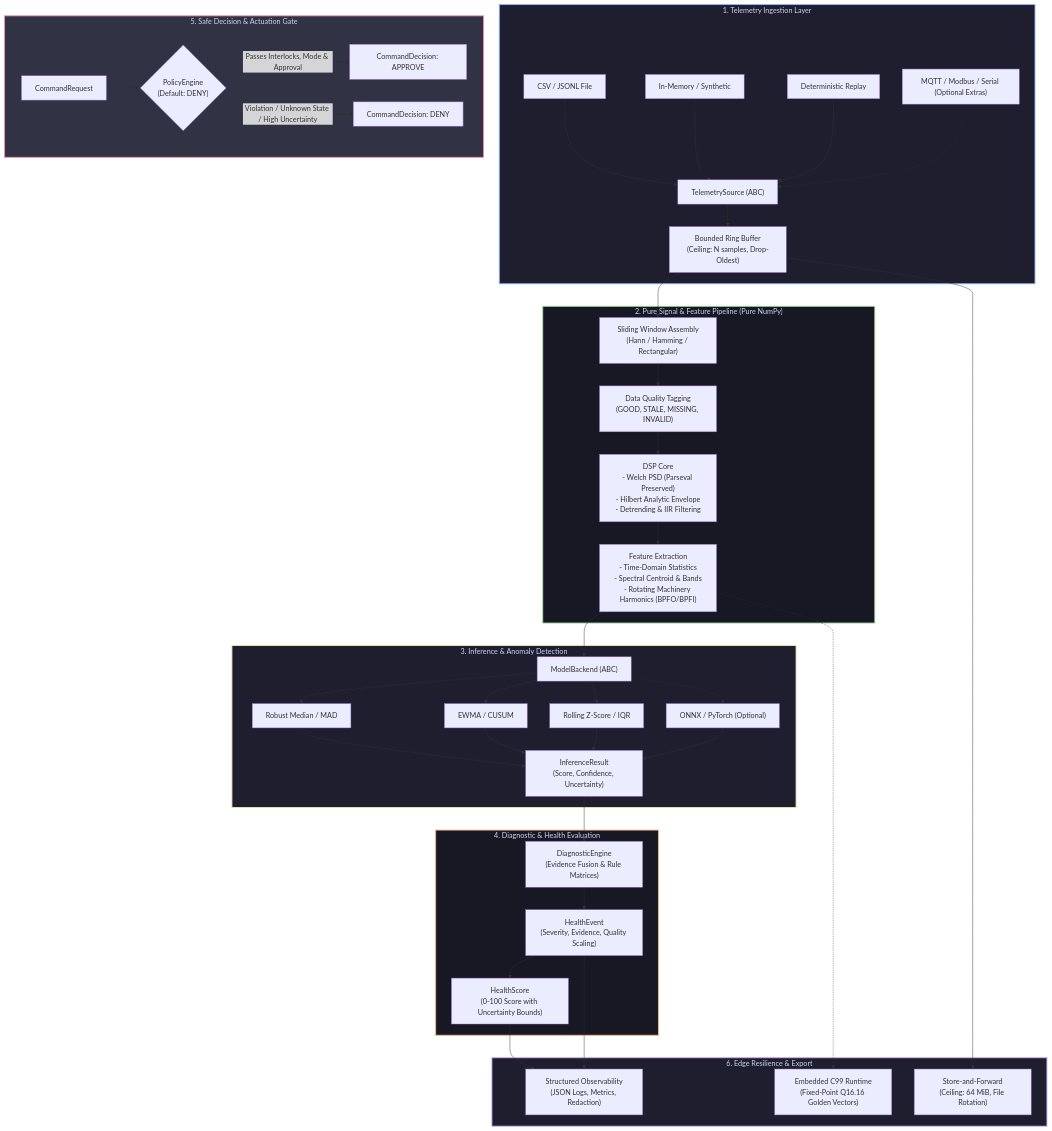
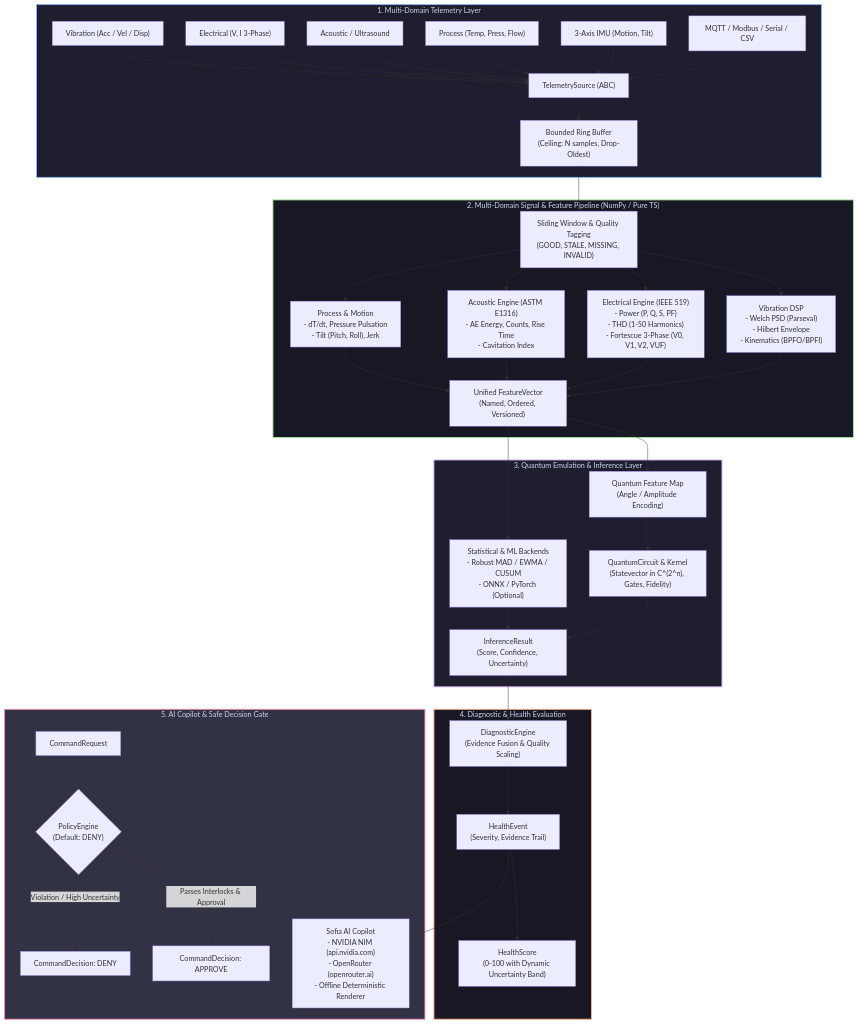
Before and after one commit to rootcastleco/sofia-ai: the diagram in packages/sofia-engine/README.md, drawn with Mermaid. The commit also changed other lines of this file and 19 other files, not shown here.

Commit message:
feat: add advanced quantum computing emulator and multi-domain signal processing (electrical, acoustic, process, motion) from rei-signallab; release v2.1.0

````diff
--- a/packages/sofia-engine/README.md
+++ b/packages/sofia-engine/README.md
@@ -64,51 +73,47 @@
 ```mermaid
 flowchart TD
-    subgraph INGEST ["1. Telemetry Ingestion Layer"]
-        S_CSV["CSV / JSONL File"] --> TS["TelemetrySource (ABC)"]
-        S_MEM["In-Memory / Synthetic"] --> TS
-        S_REP["Deterministic Replay"] --> TS
-        S_IND["MQTT / Modbus / Serial (Optional Extras)"] -.-> TS
+    subgraph INGEST ["1. Multi-Domain Telemetry Layer"]
+        S_VIB["Vibration (Acc / Vel / Disp)"] --> TS["TelemetrySource (ABC)"]
+        S_ELEC["Electrical (V, I 3-Phase)"] --> TS
+        S_AC["Acoustic / Ultrasound"] --> TS
+        S_PROC["Process (Temp, Press, Flow)"] --> TS
+        S_IMU["3-Axis IMU (Motion, Tilt)"] --> TS
+        S_BUS["MQTT / Modbus / Serial / CSV"] -.-> TS
         TS --> RB["Bounded Ring Buffer\n(Ceiling: N samples, Drop-Oldest)"]
     end
 
-    subgraph DSP ["2. Pure Signal & Feature Pipeline (Pure NumPy)"]
-        RB --> WN["Sliding Window Assembly\n(Hann / Hamming / Rectangular)"]
-        WN --> QC["Data Quality Tagging\n(GOOD, STALE, MISSING, INVALID)"]
-        QC --> SIG["DSP Core\n- Welch PSD (Parseval Preserved)\n- Hilbert Analytic Envelope\n- Detrending & IIR Filtering"]
-        SIG --> FEAT["Feature Extraction\n- Time-Domain Statistics\n- Spectral Centroid & Bands\n- Rotating Machinery Harmonics (BPFO/BPFI)"]
+    subgraph DSP ["2. Multi-Domain Signal & Feature Pipeline (NumPy / Pure TS)"]
+        RB --> WN["Sliding Window & Quality Tagging\n(GOOD, STALE, MISSING, INVALID)"]
+        WN --> SIG_VIB["Vibration DSP\n- Welch PSD (Parseval)\n- Hilbert Envelope\n- Kinematics (BPFO/BPFI)"]
+        WN --> SIG_ELE["Electrical Engine (IEEE 519)\n- Power (P, Q, S, PF)\n- THD (1-50 Harmonics)\n- Fortescue 3-Phase (V0, V1, V2, VUF)"]
+        WN --> SIG_AC["Acoustic Engine (ASTM E1316)\n- AE Energy, Counts, Rise Time\n- Cavitation Index"]
+        WN --> SIG_PROC["Process & Motion\n- dT/dt, Pressure Pulsation\n- Tilt (Pitch, Roll), Jerk"]
+        SIG_VIB & SIG_ELE & SIG_AC & SIG_PROC --> FEAT["Unified FeatureVector\n(Named, Ordered, Versioned)"]
     end
 
-    subgraph INFERENCE ["3. Inference & Anomaly Detection"]
-        FEAT --> MB["ModelBackend (ABC)"]
-        MB --> DET_MAD["Robust Median / MAD"]
-        MB --> DET_EWMA["EWMA / CUSUM"]
-        MB --> DET_Z["Rolling Z-Score / IQR"]
-        MB -.-> DET_ML["ONNX / PyTorch (Optional)"]
-        DET_MAD & DET_EWMA & DET_Z & DET_ML --> IR["InferenceResult\n(Score, Confidence, Uncertainty)"]
+    subgraph QUANTUM ["3. Quantum Emulation & Inference Layer"]
+        FEAT --> Q_MAP["Quantum Feature Map\n(Angle / Amplitude Encoding)"]
+        Q_MAP --> Q_CIRC["QuantumCircuit & Kernel\n(Statevector in C^(2^n), Gates, Fidelity)"]
+        FEAT --> MB["Statistical & ML Backends\n- Robust MAD / EWMA / CUSUM\n- ONNX / PyTorch (Optional)"]
+        Q_CIRC & MB --> IR["InferenceResult\n(Score, Confidence, Uncertainty)"]
     end
 
     subgraph DIAGNOSTICS ["4. Diagnostic & Health Evaluation"]
-        IR --> DE["DiagnosticEngine\n(Evidence Fusion & Rule Matrices)"]
-        DE --> HE["HealthEvent\n(Severity, Evidence, Quality Scaling)"]
-        HE --> HS["HealthScore\n(0-100 Score with Uncertainty Bounds)"]
+        IR --> DE["DiagnosticEngine\n(Evidence Fusion & Quality Scaling)"]
+        DE --> HE["HealthEvent\n(Severity, Evidence Trail)"]
+        HE --> HS["HealthScore\n(0-100 with Dynamic Uncertainty Band)"]
     end
 
-    subgraph DECISION ["5. Safe Decision & Actuation Gate"]
+    subgraph COPILOT ["5. AI Copilot & Safe Decision Gate"]
+        HE --> AI_COP["Sofia AI Copilot\n- NVIDIA NIM (api.nvidia.com)\n- OpenRouter (openrouter.ai)\n- Offline Deterministic Renderer"]
         CMD["CommandRequest"] --> PE{"PolicyEngine\n(Default: DENY)"}
-        PE -->|Passes Interlocks, Mode & Approval| ACT["CommandDecision: APPROVE"]
-        PE -->|Violation / Unknown State / High Uncertainty| DEN["CommandDecision: DENY"]
-    end
-
-    subgraph RUNTIME ["6. Edge Resilience & Export"]
-        HE & HS --> OBS["Structured Observability\n(JSON Logs, Metrics, Redaction)"]
-        RB --> SF["Store-and-Forward\n(Ceiling: 64 MiB, File Rotation)"]
-        FEAT -.-> EMB["Embedded C99 Runtime\n(Fixed-Point Q16.16 Golden Vectors)"]
+        PE -->|Passes Interlocks & Approval| ACT["CommandDecision: APPROVE"]
+        PE -->|Violation / High Uncertainty| DEN["CommandDecision: DENY"]
     end
 
     style INGEST fill:#1e1e2e,stroke:#89b4fa,stroke-width:2px,color:#cdd6f4
     style DSP fill:#181825,stroke:#a6e3a1,stroke-width:2px,color:#cdd6f4
-    style INFERENCE fill:#1e1e2e,stroke:#f9e2af,stroke-width:2px,color:#cdd6f4
+    style QUANTUM fill:#1e1e2e,stroke:#cba6f7,stroke-width:2px,color:#cdd6f4
     style DIAGNOSTICS fill:#181825,stroke:#fab387,stroke-width:2px,color:#cdd6f4
-    style DECISION fill:#313244,stroke:#f38ba8,stroke-width:2px,color:#cdd6f4
-    style RUNTIME fill:#1e1e2e,stroke:#cba6f7,stroke-width:2px,color:#cdd6f4
+    style COPILOT fill:#313244,stroke:#f38ba8,stroke-width:2px,color:#cdd6f4
 ```
````
